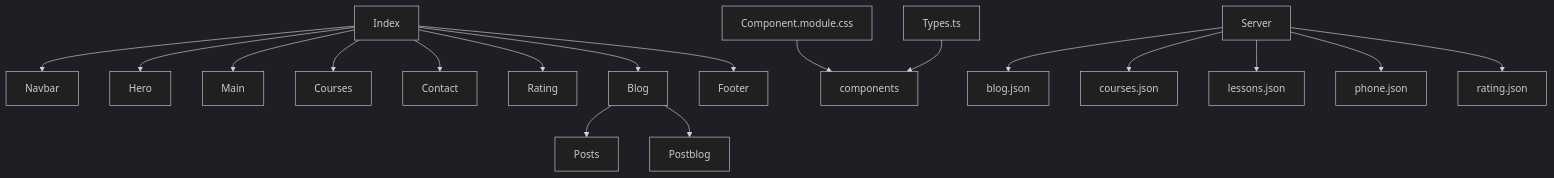
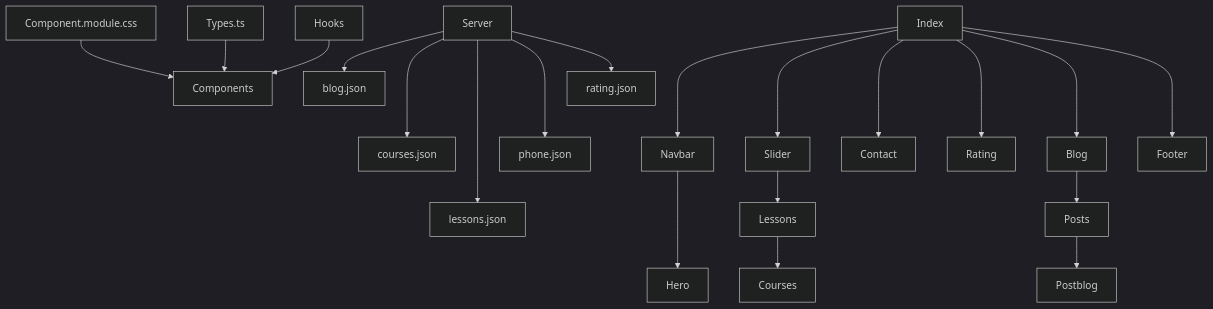
One commit to Ftarganski/inbound changed the diagram in README.md. Above: the diagram before and after it, drawn with Mermaid.

````diff
--- a/README.md
+++ b/README.md
@@ -45,21 +45,24 @@
 ```mermaid
 %%{init: { 'theme': 'dark' } }%%
 flowchart TD;
-    Index-->Navbar;
-    Index-->Hero;
-    Index-->Main;
-    Index-->Courses;
-    Index-->Contact;
-    Index-->Rating;
-    Index-->Blog;
-    Index-->Footer;
+    Index--->Navbar;
+    Navbar--->Hero;
+    Index--->Slider;
+    Slider-->Lessons;
+    Lessons-->Courses;
+    Index--->Contact;
+    Index--->Rating;
+    Index--->Blog;
+    Index--->Footer;
     Blog-->Posts;
-    Blog-->Postblog  
-      Component.module.css-->components;
-      Types.ts-->components;
+    Posts-->Postblog  
+      Component.module.css-->Components;
+      Types.ts-->Components;
+      Hooks-->Components
         Server-->blog.json;
-        Server-->courses.json;
-        Server-->lessons.json;
-        Server-->phone.json;
+        Server--->courses.json;
+        Server---->lessons.json;
+        Server--->phone.json;
         Server-->rating.json;
+
 ```
````
